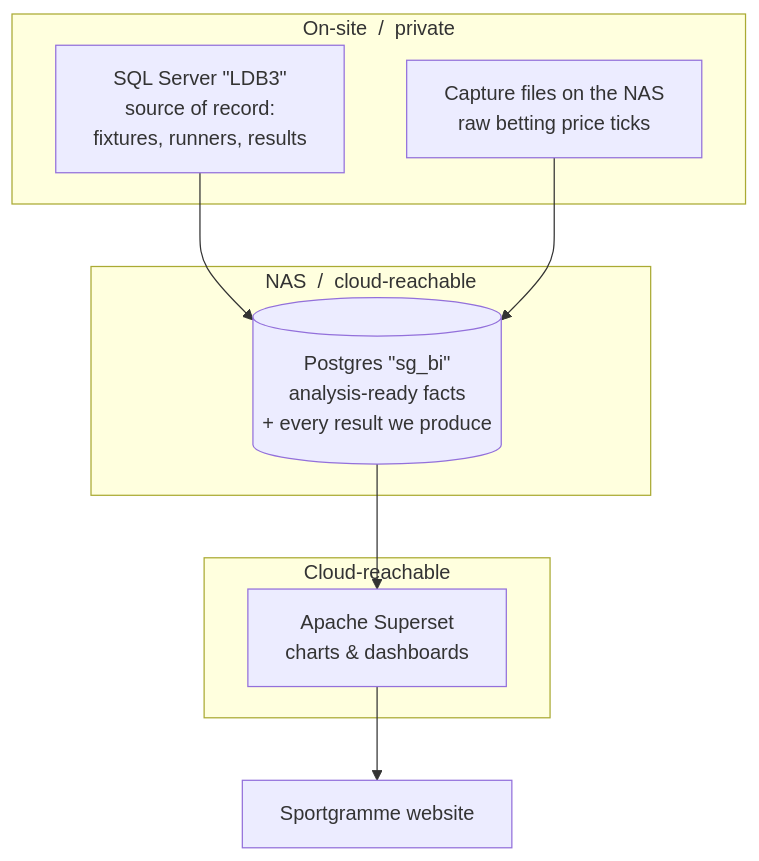
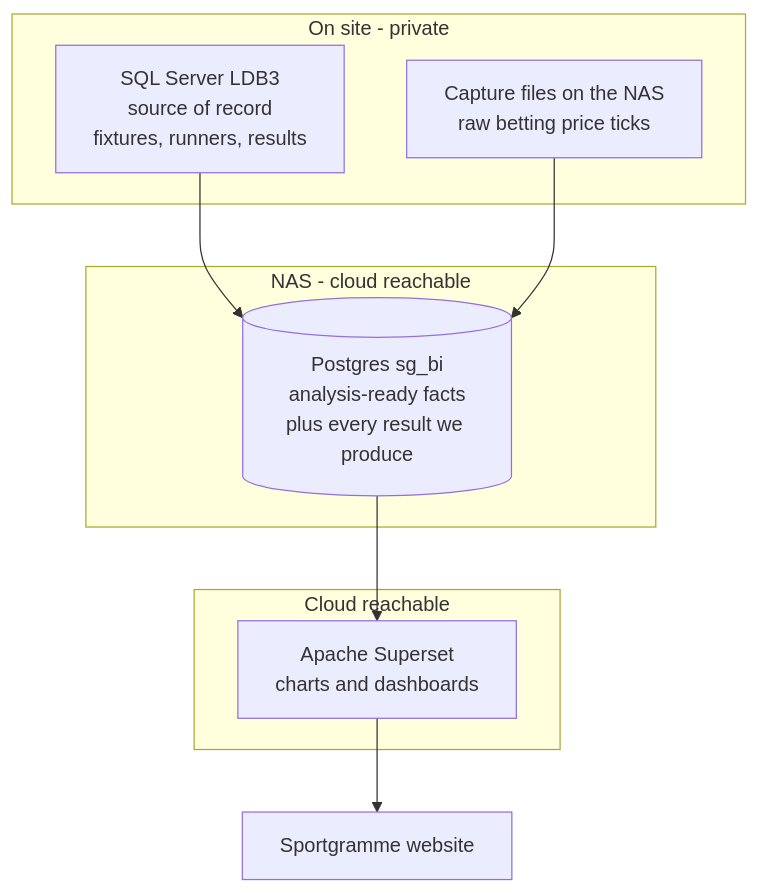
One commit to sportgramme/.github changed the second of 5 diagrams in Business Intelligence/README.md. Above: the diagram before and after it, drawn with Mermaid. The commit also changed other lines of this file, not shown here.

Commit message:
Fix mermaid: three-tier diagram (drop HTML entities, use 'subgraph id [title]' form; clean edge-label syntax)

````diff
--- a/Business Intelligence/README.md
+++ b/Business Intelligence/README.md
@@ -30,19 +30,19 @@
 ```mermaid
 flowchart TD
-    subgraph LOCAL["On-site &nbsp;/&nbsp; private"]
-        SS["SQL Server &quot;LDB3&quot;<br/>source of record:<br/>fixtures, runners, results"]
+    subgraph LOCAL ["On site - private"]
+        SS["SQL Server LDB3<br/>source of record<br/>fixtures, runners, results"]
         CAP["Capture files on the NAS<br/>raw betting price ticks"]
     end
-    subgraph NAS["NAS &nbsp;/&nbsp; cloud-reachable"]
-        PG[("Postgres &quot;sg_bi&quot;<br/>analysis-ready facts<br/>+ every result we produce")]
+    subgraph MID ["NAS - cloud reachable"]
+        PG[("Postgres sg_bi<br/>analysis-ready facts<br/>plus every result we produce")]
     end
-    subgraph CLOUD["Cloud-reachable"]
-        SUP["Apache Superset<br/>charts &amp; dashboards"]
+    subgraph TOP ["Cloud reachable"]
+        SUP["Apache Superset<br/>charts and dashboards"]
     end
     WEB["Sportgramme website"]
 
     SS --> PG
     CAP --> PG
     PG --> SUP
     SUP --> WEB
 ```
````
